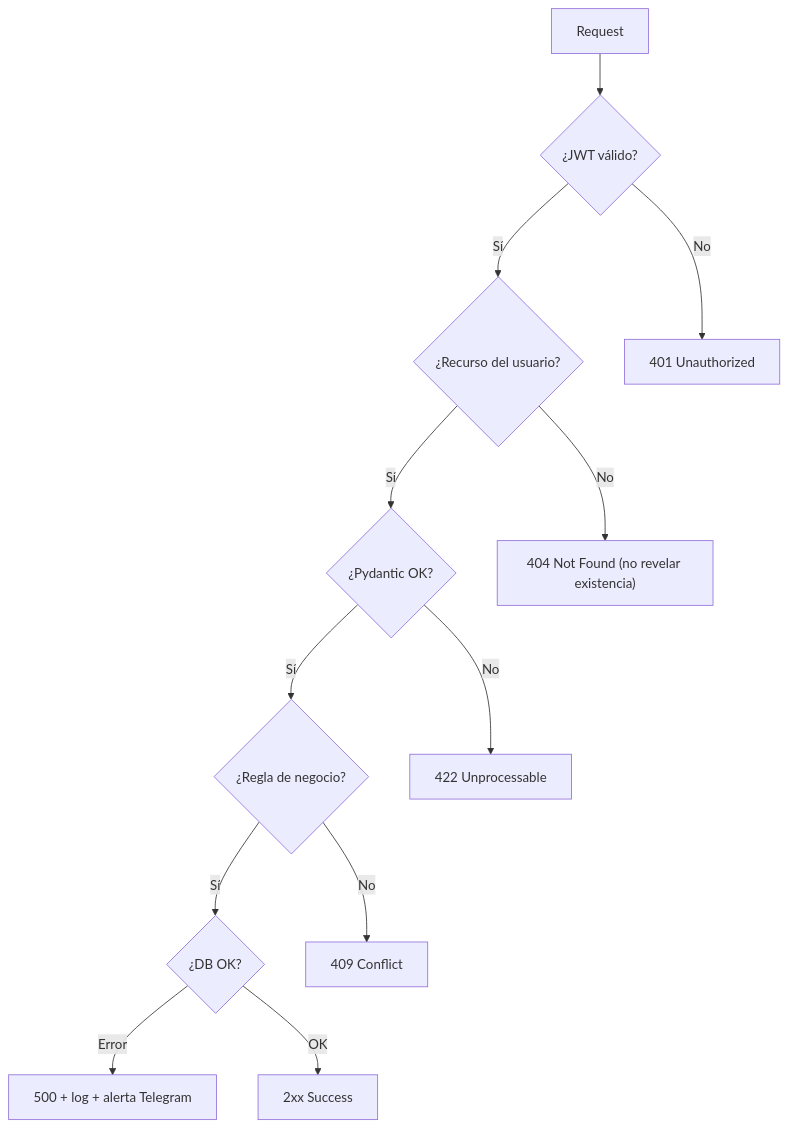
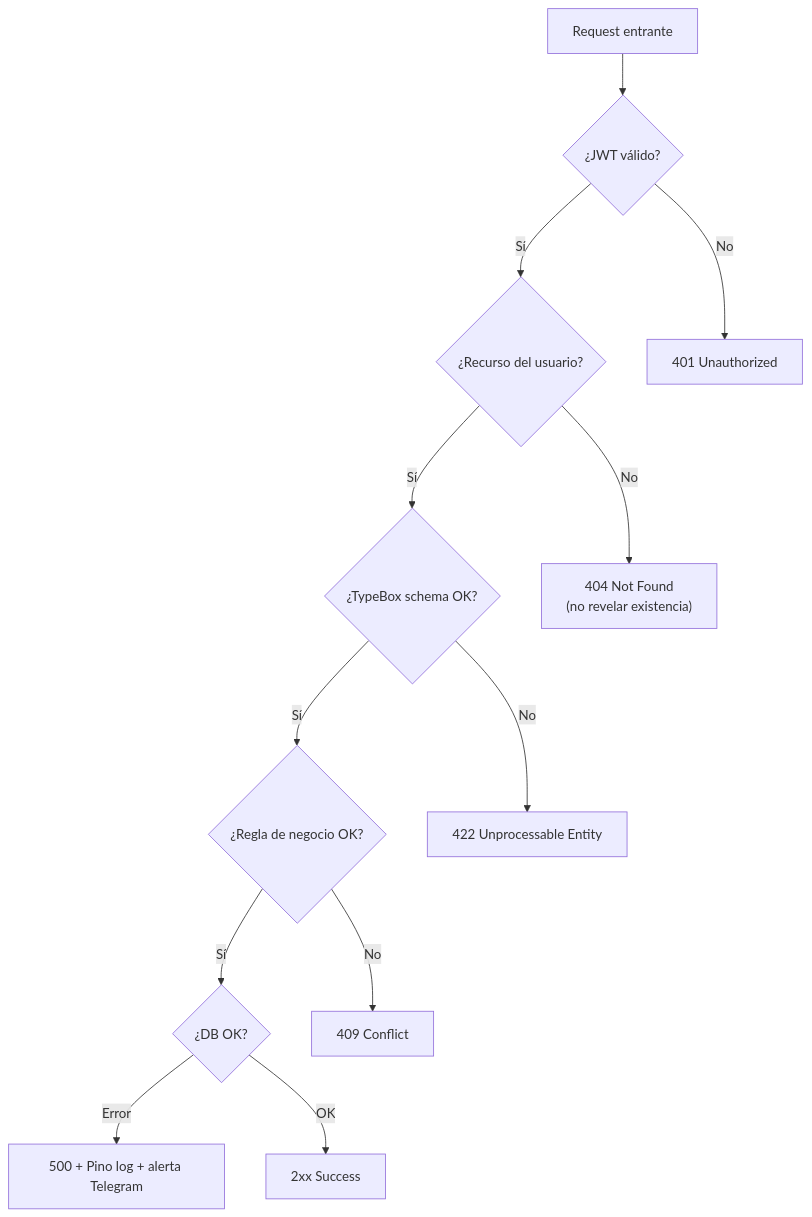
One commit to root-jeff/Sotang-Documentation changed the third of 3 diagrams in arquitectura/api-design.md. Above: the diagram before and after it, drawn with Mermaid. The commit also changed other lines of this file and 17 other files, not shown here.

````diff
--- a/arquitectura/api-design.md
+++ b/arquitectura/api-design.md
@@ -83,21 +85,21 @@
 ```mermaid
 flowchart TD
-    REQ["Request"]
+    REQ["Request entrante"]
     JWT{¿JWT válido?}
     OWN{¿Recurso del usuario?}
-    VAL{¿Pydantic OK?}
-    BIZ{¿Regla de negocio?}
+    VAL{¿TypeBox schema OK?}
+    BIZ{¿Regla de negocio OK?}
     DB{¿DB OK?}
 
     REQ --> JWT
     JWT -->|No| E401["401 Unauthorized"]
     JWT -->|Sí| OWN
-    OWN -->|No| E404["404 Not Found (no revelar existencia)"]
+    OWN -->|No| E404["404 Not Found\n(no revelar existencia)"]
     OWN -->|Sí| VAL
-    VAL -->|No| E422["422 Unprocessable"]
+    VAL -->|No| E422["422 Unprocessable Entity"]
     VAL -->|Sí| BIZ
     BIZ -->|No| E409["409 Conflict"]
     BIZ -->|Sí| DB
-    DB -->|Error| E500["500 + log + alerta Telegram"]
+    DB -->|Error| E500["500 + Pino log + alerta Telegram"]
     DB -->|OK| R2XX["2xx Success"]
 ```
````
